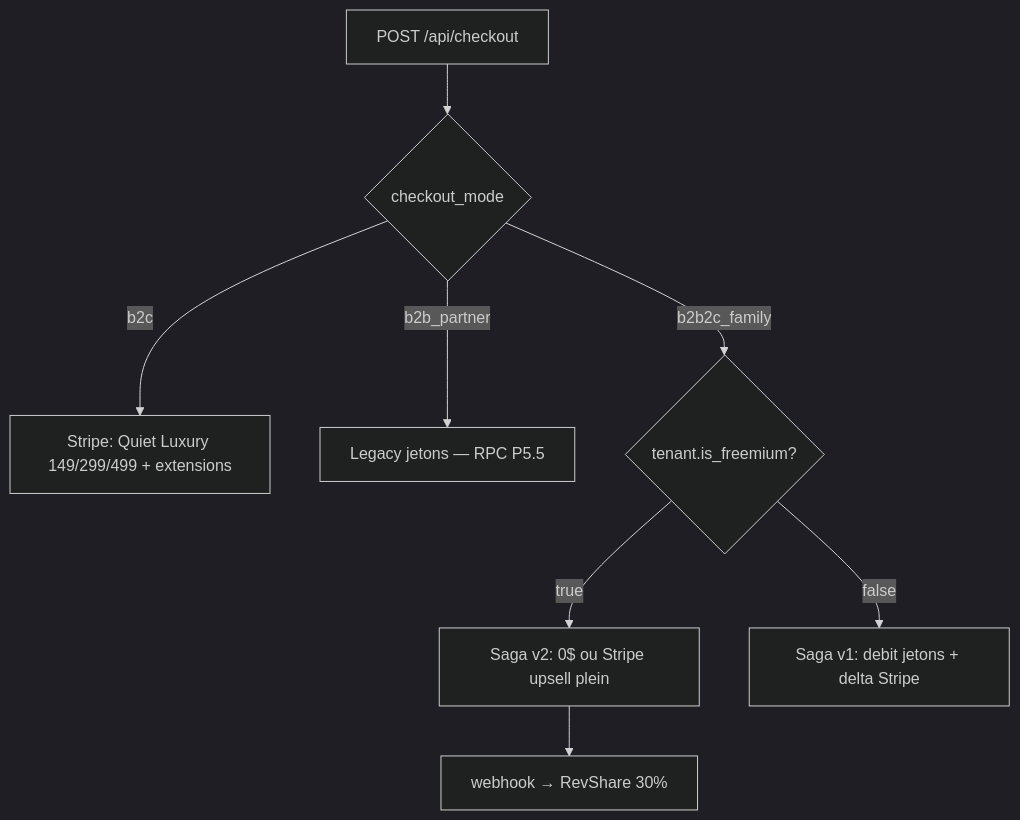
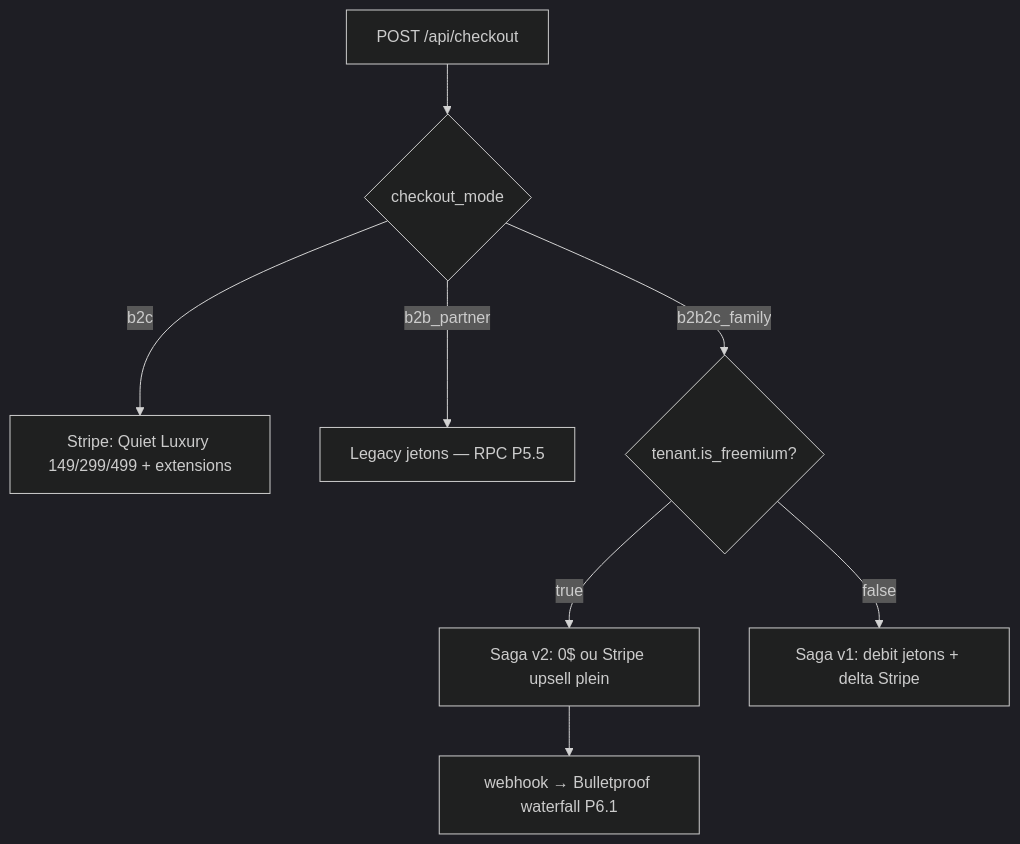
Before and after one commit to Lyra-OD/odyssey-web: the third of 3 diagrams in docs/WIZARD_ARCHITECTURE.md, drawn with Mermaid (dark theme). The commit also changed other lines of this file and 10 other files, not shown here.

First line of the commit message:
docs(commerce): modèle Bulletproof — RevShare sur Net Distribuable (Phase 1)

````diff
--- a/docs/WIZARD_ARCHITECTURE.md
+++ b/docs/WIZARD_ARCHITECTURE.md
@@ -412,10 +462,10 @@
 ```mermaid
 flowchart TD
   A[POST /api/checkout] --> B{checkout_mode}
   B -->|b2c| C[Stripe: Quiet Luxury 149/299/499 + extensions]
   B -->|b2b_partner| D[Legacy jetons — RPC P5.5]
   B -->|b2b2c_family| E{tenant.is_freemium?}
   E -->|true| F[Saga v2: 0$ ou Stripe upsell plein]
-  F --> F1[webhook → RevShare 30%]
+  F --> F1[webhook → Bulletproof waterfall P6.1]
   E -->|false| G[Saga v1: debit jetons + delta Stripe]
 ```
````
